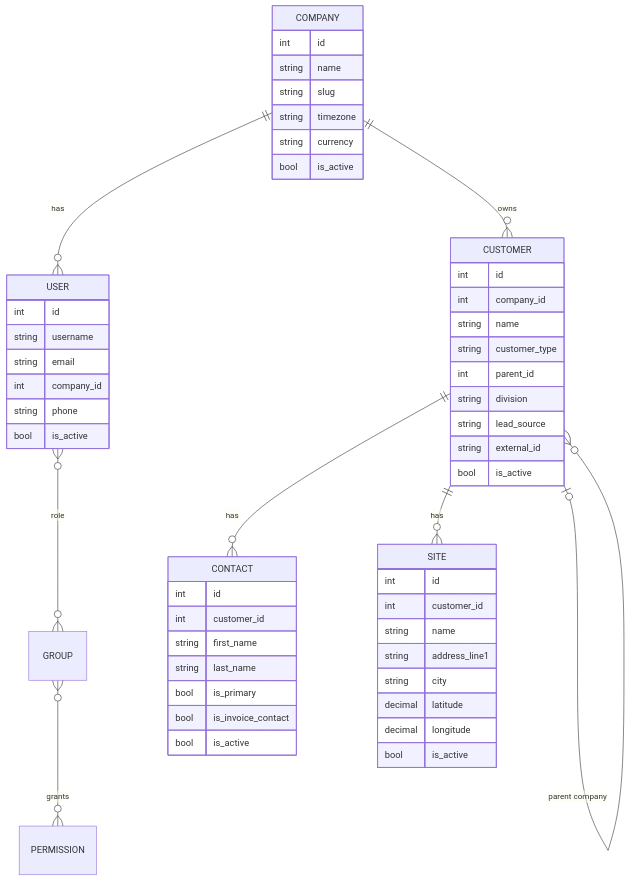
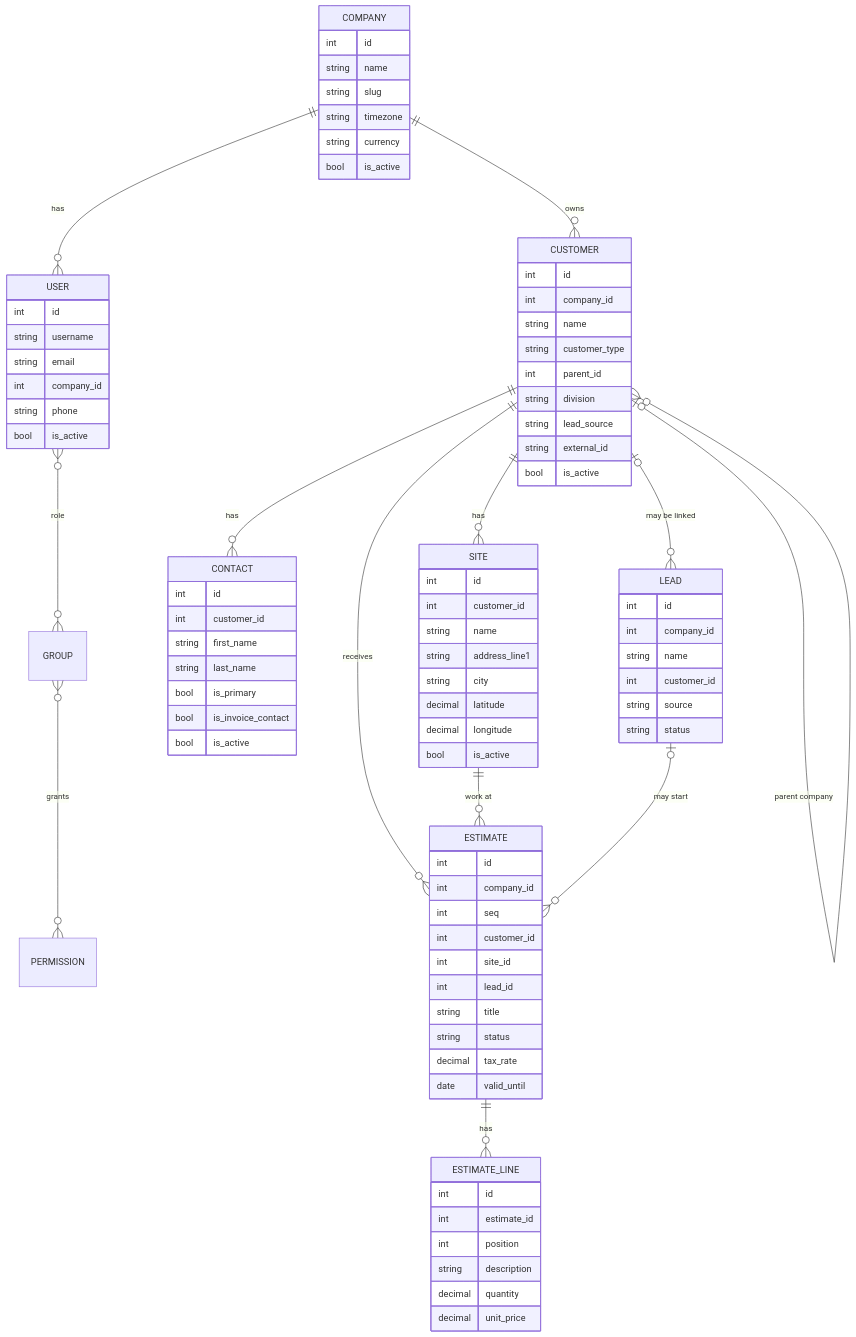
Before and after one commit to phanin/crewvia-docs: the diagram in docs/data-model.md, drawn with Mermaid. The commit also changed other lines of this file and 7 other files, not shown here.

```diff
--- a/docs/data-model.md
+++ b/docs/data-model.md
@@ -11,7 +11,40 @@
     CUSTOMER ||--o{ CONTACT : "has"
     CUSTOMER ||--o{ SITE : "has"
     CUSTOMER |o--o{ CUSTOMER : "parent company"
+    CUSTOMER |o--o{ LEAD : "may be linked"
+    CUSTOMER ||--o{ ESTIMATE : "receives"
+    SITE ||--o{ ESTIMATE : "work at"
+    LEAD |o--o{ ESTIMATE : "may start"
+    ESTIMATE ||--o{ ESTIMATE_LINE : "has"
 
+    LEAD {
+        int id
+        int company_id
+        string name
+        int customer_id
+        string source
+        string status
+    }
+    ESTIMATE {
+        int id
+        int company_id
+        int seq
+        int customer_id
+        int site_id
+        int lead_id
+        string title
+        string status
+        decimal tax_rate
+        date valid_until
+    }
+    ESTIMATE_LINE {
+        int id
+        int estimate_id
+        int position
+        string description
+        decimal quantity
+        decimal unit_price
+    }
     COMPANY {
         int id
         string name
```
